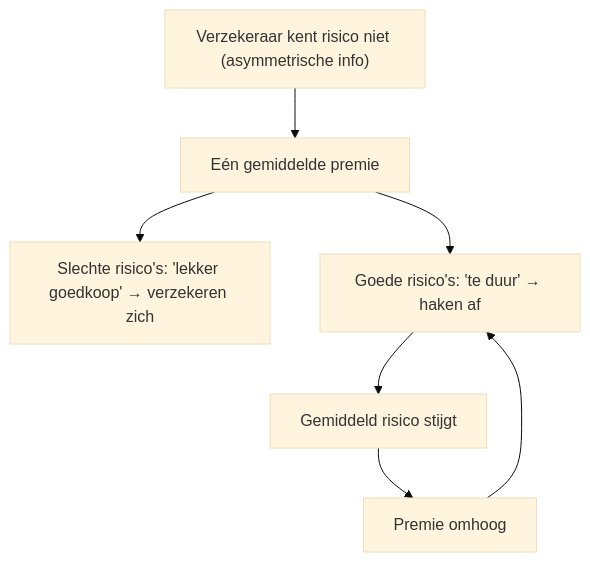
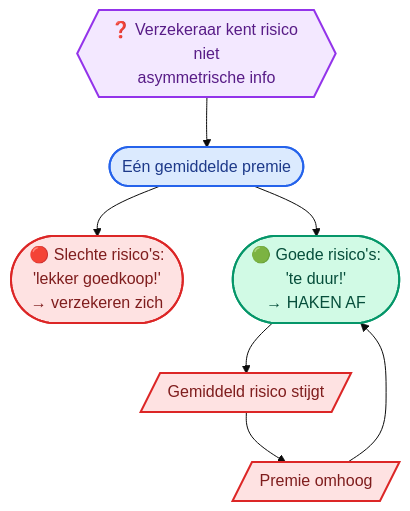
Before and after one commit to ateknol/HAVO-Economie-examen: diagram 15 of 23 in Volledige_Samenvatting_H1_H2.md, drawn with Mermaid (base theme). The commit also changed other lines of this file and 3 other files, not shown here.

````diff
--- a/Volledige_Samenvatting_H1_H2.md
+++ b/Volledige_Samenvatting_H1_H2.md
@@ -768,9 +1051,27 @@
 ```mermaid
 flowchart TD
-    A["Verzekeraar kent risico niet (asymmetrische info)"] --> B["Eén gemiddelde premie"]
-    B --> C["Slechte risico's: 'lekker goedkoop' → verzekeren zich"]
-    B --> D["Goede risico's: 'te duur' → haken af"]
-    D --> E["Gemiddeld risico stijgt"]
-    E --> F["Premie omhoog"]
+    A{{"❓ Verzekeraar kent risico niet<br/>asymmetrische info"}}
+    B(["Eén gemiddelde premie"])
+    C(["🔴 Slechte risico's:<br/>'lekker goedkoop!'<br/>→ verzekeren zich"])
+    D(["🟢 Goede risico's:<br/>'te duur!'<br/>→ HAKEN AF"])
+    E[/"Gemiddeld risico stijgt"/]
+    F[/"Premie omhoog"/]
+
+    A --> B
+    B --> C
+    B --> D
+    D --> E
+    E --> F
     F --> D
+
+    classDef term fill:#f3e8ff,stroke:#9333ea,stroke-width:2px,color:#581c87
+    classDef proces fill:#dbeafe,stroke:#2563eb,stroke-width:2px,color:#1e3a8a
+    classDef fout fill:#fee2e2,stroke:#dc2626,stroke-width:2px,color:#7f1d1d
+    classDef goed fill:#d1fae5,stroke:#059669,stroke-width:2px,color:#064e3b
+
+    class A term
+    class B proces
+    class C fout
+    class D goed
+    class E,F fout
 ```
````
